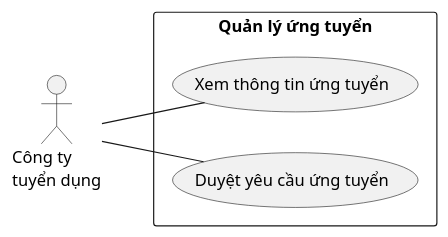
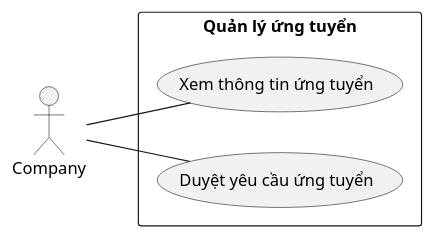
Before and after one commit to Griselda4774/EAS-EmploymentAssistanceSystem: the diagram in Lab1/Lab 1.2 Diagram/Use case/FilePUML/10. QuanLyUngTuyen.puml, drawn with PlantUML. The commit also changed 79 other files, not shown here.

```diff
--- a/Lab1/Lab 1.2 Diagram/Use case/FilePUML/10. QuanLyUngTuyen.puml
+++ b/Lab1/Lab 1.2 Diagram/Use case/FilePUML/10. QuanLyUngTuyen.puml
@@ -1,14 +1,14 @@
 @startuml QuanLyUngTuyen
 left to right direction
 
-actor "Công ty\ntuyển dụng" as congTyTuyenDung
+actor "Company" as congTyTuyenDung
 
 rectangle "Quản lý ứng tuyển" {
     usecase "Xem thông tin ứng tuyển" as xemThongTinUngTuyen
     usecase "Duyệt yêu cầu ứng tuyển" as duyetYeuCauUngTuyen
 }
 
 congTyTuyenDung -- xemThongTinUngTuyen
 congTyTuyenDung -- duyetYeuCauUngTuyen
 
 @enduml
```
